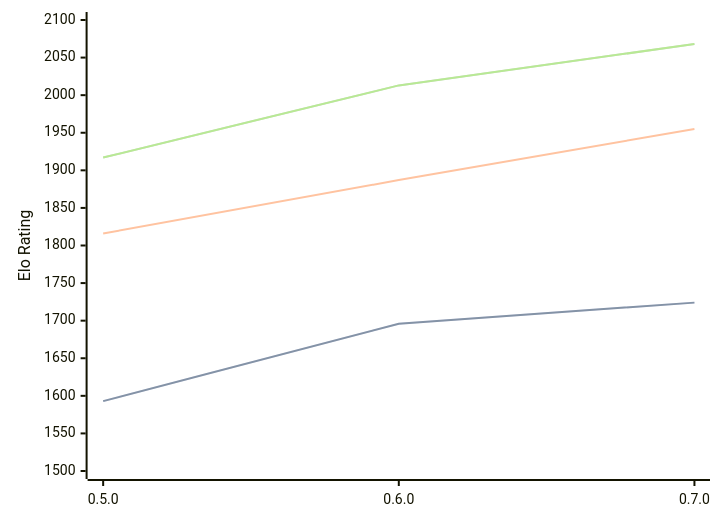
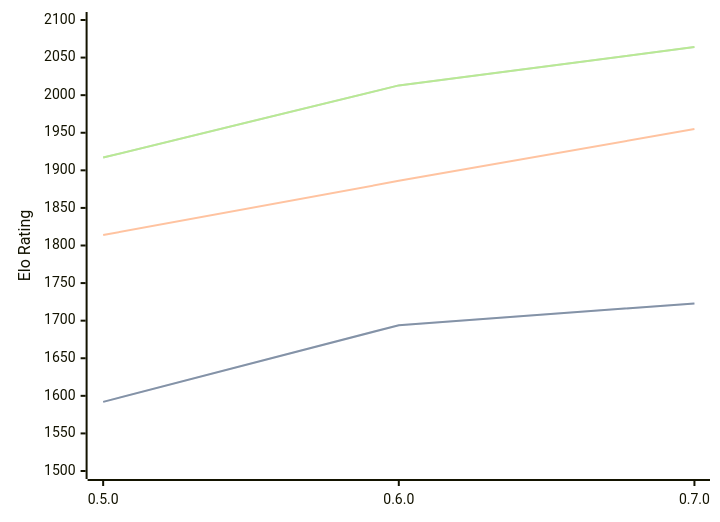
Before and after one commit to computer-chess-index/cci: the diagram in engines/Chess-rs.md, drawn with Mermaid. The commit also changed other lines of this file, not shown here.

Commit message:
Update CCI Ratings (ELO VLTC) - 2026-04-21

````diff
--- a/engines/Chess-rs.md
+++ b/engines/Chess-rs.md
@@ -41,11 +41,11 @@
 ```mermaid
 %%{init: {"theme":"base","themeVariables":{"seriesColors:['#a3a3a3','#222221','#faa371']}}}%%
 xychart-beta
   x-axis ["0.5.0", "0.6.0", "0.7.0"]
   y-axis "Elo Rating" 1500 --> 2100
-  line "STC (8.0+0.08s)" [1593, 1696, 1724]
-  line "STC (8.0+0.08s)" [1593, 1696, 1724]
-  line "LTC (60.0+0.60s)" [1816, 1887, 1955]
-  line "VLTC (2m24s+1.12s)" [1917, 2013, 2068]
-  line "VLTC (2m24s+1.12s)" [1917, 2013, 2068]
+  line "STC (8.0+0.08s)" [1592, 1694, 1723]
+  line "STC (8.0+0.08s)" [1592, 1694, 1723]
+  line "LTC (60.0+0.60s)" [1814, 1886, 1955]
+  line "VLTC (2m24s+1.12s)" [1917, 2013, 2064]
+  line "VLTC (2m24s+1.12s)" [1917, 2013, 2064]
 ```
````
